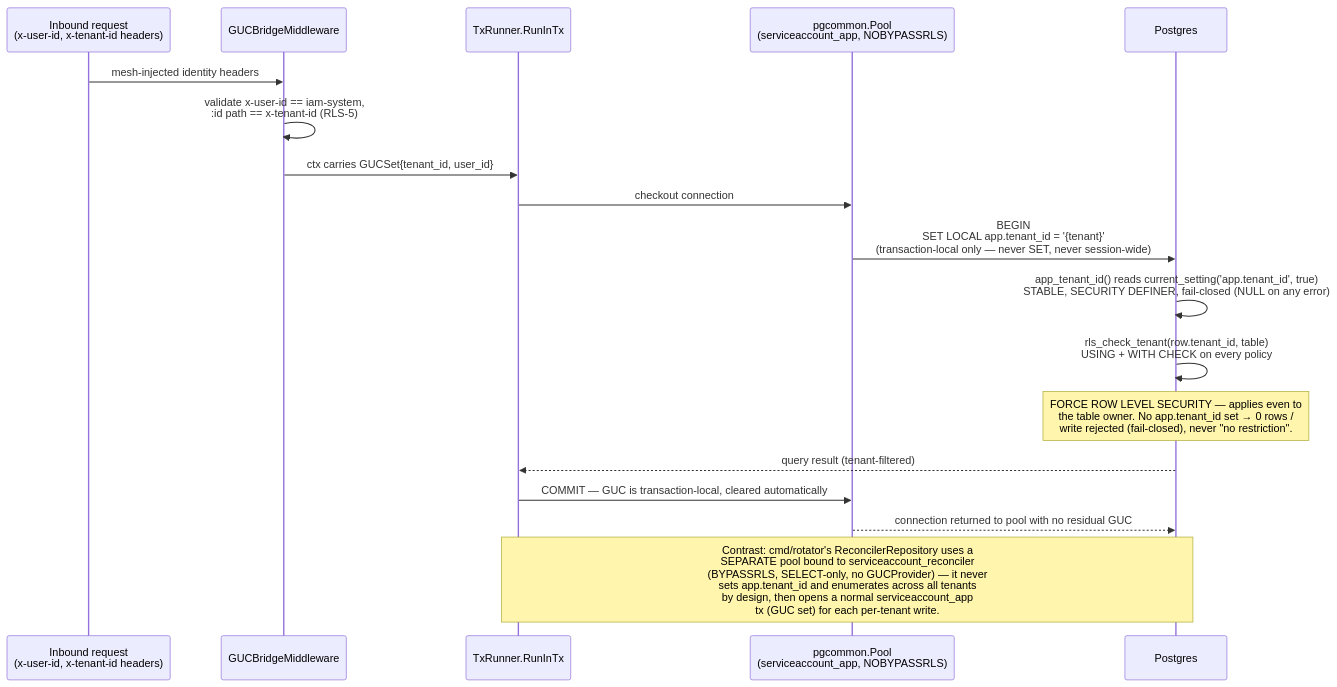
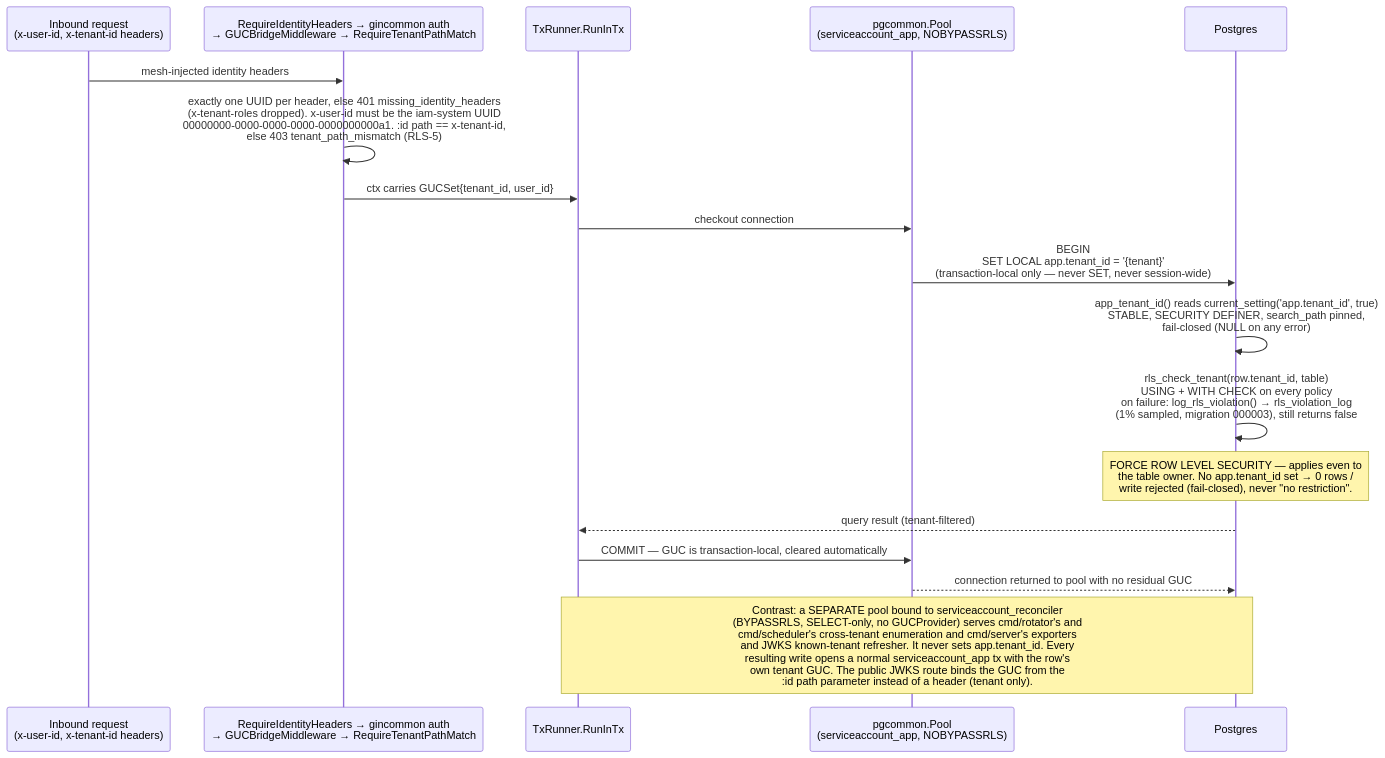
Before and after one commit to BCBP-SOLUTIONS-FZC-LLC/iam-token-service: the ninth of 13 diagrams in ARCHITECTURE.md, drawn with Mermaid. The commit also changed other lines of this file and 234 other files, not shown here.

````diff
--- a/ARCHITECTURE.md
+++ b/ARCHITECTURE.md
@@ -650,22 +824,22 @@
 ```mermaid
 sequenceDiagram
     participant REQ as Inbound request<br/>(x-user-id, x-tenant-id headers)
-    participant MW as GUCBridgeMiddleware
+    participant MW as RequireIdentityHeaders → gincommon auth<br/>→ GUCBridgeMiddleware → RequireTenantPathMatch
     participant TX as TxRunner.RunInTx
     participant POOL as pgcommon.Pool<br/>(serviceaccount_app, NOBYPASSRLS)
     participant PG as Postgres
 
     REQ->>MW: mesh-injected identity headers
-    MW->>MW: validate x-user-id == iam-system,<br/>:id path == x-tenant-id (RLS-5)
+    MW->>MW: exactly one UUID per header, else 401 missing_identity_headers<br/>(x-tenant-roles dropped). x-user-id must be the iam-system UUID<br/>00000000-0000-0000-0000-0000000000a1. :id path == x-tenant-id,<br/>else 403 tenant_path_mismatch (RLS-5)
     MW->>TX: ctx carries GUCSet{tenant_id, user_id}
     TX->>POOL: checkout connection
     POOL->>PG: BEGIN<br/>SET LOCAL app.tenant_id = '{tenant}'<br/>(transaction-local only — never SET, never session-wide)
-    PG->>PG: app_tenant_id() reads current_setting('app.tenant_id', true)<br/>STABLE, SECURITY DEFINER, fail-closed (NULL on any error)
-    PG->>PG: rls_check_tenant(row.tenant_id, table)<br/>USING + WITH CHECK on every policy
+    PG->>PG: app_tenant_id() reads current_setting('app.tenant_id', true)<br/>STABLE, SECURITY DEFINER, search_path pinned,<br/>fail-closed (NULL on any error)
+    PG->>PG: rls_check_tenant(row.tenant_id, table)<br/>USING + WITH CHECK on every policy<br/>on failure: log_rls_violation() → rls_violation_log<br/>(1% sampled, migration 000003), still returns false
     Note over PG: FORCE ROW LEVEL SECURITY — applies even to<br/>the table owner. No app.tenant_id set → 0 rows /<br/>write rejected (fail-closed), never "no restriction".
     PG-->>TX: query result (tenant-filtered)
     TX->>POOL: COMMIT — GUC is transaction-local, cleared automatically
     POOL-->>PG: connection returned to pool with no residual GUC
 
-    Note over TX,PG: Contrast: cmd/rotator's ReconcilerRepository uses a<br/>SEPARATE pool bound to serviceaccount_reconciler<br/>(BYPASSRLS, SELECT-only, no GUCProvider) — it never<br/>sets app.tenant_id and enumerates across all tenants<br/>by design, then opens a normal serviceaccount_app<br/>tx (GUC set) for each per-tenant write.
+    Note over TX,PG: Contrast: a SEPARATE pool bound to serviceaccount_reconciler<br/>(BYPASSRLS, SELECT-only, no GUCProvider) serves cmd/rotator's and<br/>cmd/scheduler's cross-tenant enumeration and cmd/server's exporters<br/>and JWKS known-tenant refresher. It never sets app.tenant_id. Every<br/>resulting write opens a normal serviceaccount_app tx with the row's<br/>own tenant GUC. The public JWKS route binds the GUC from the<br/>:id path parameter instead of a header (tenant only).
 ```
````
